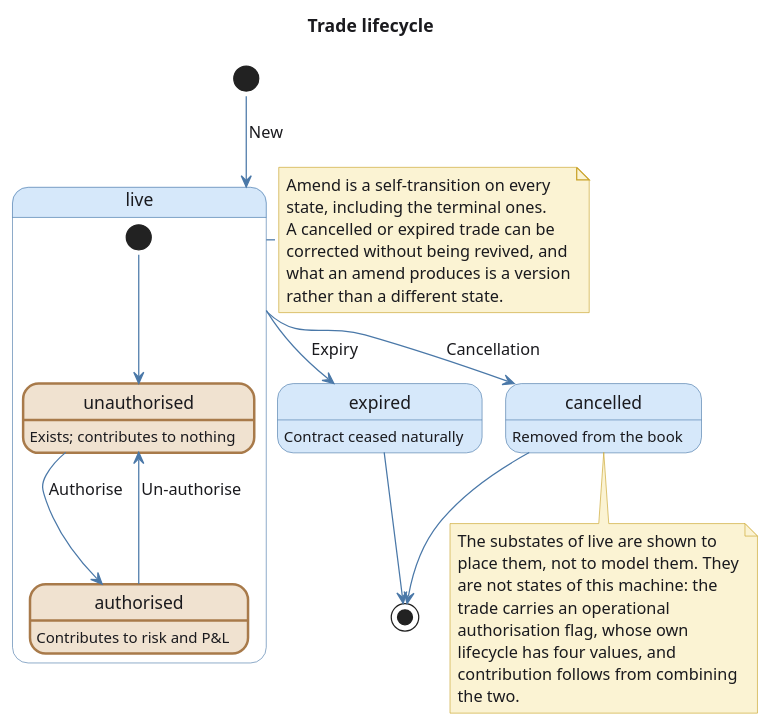
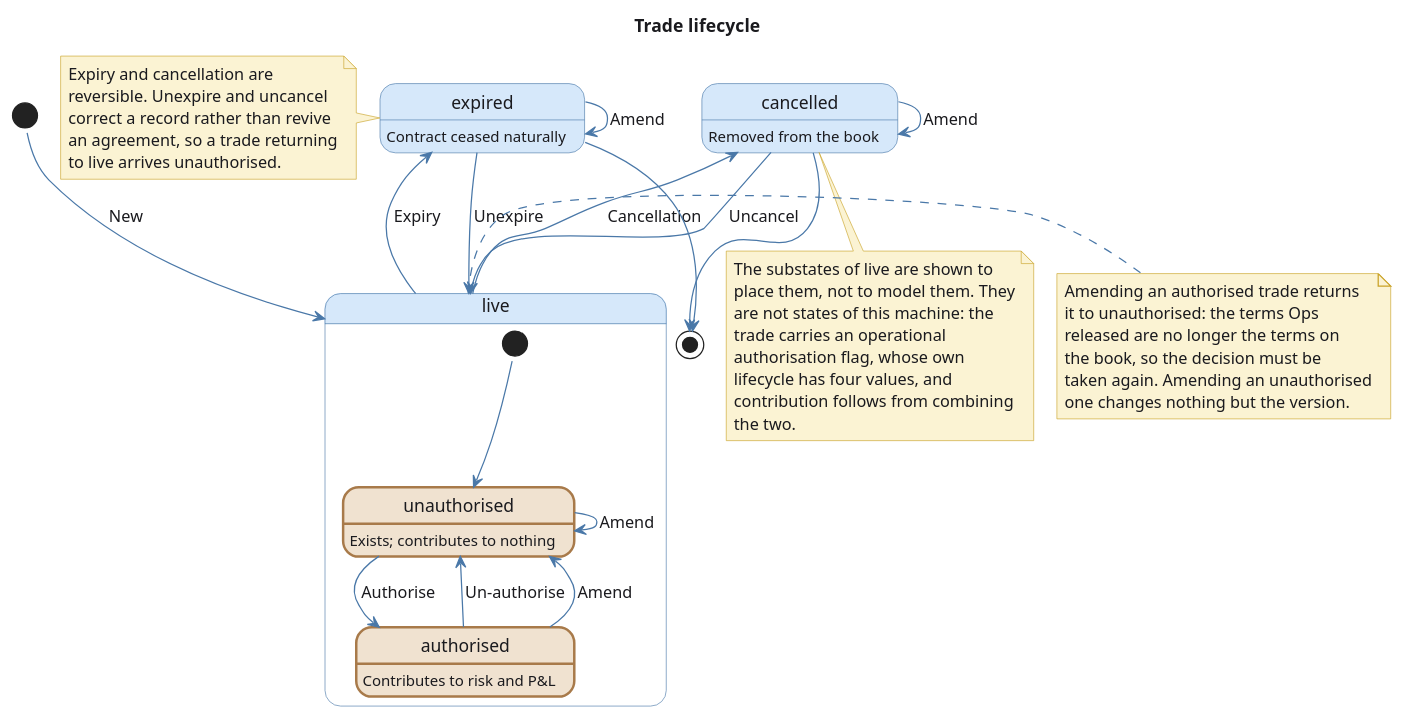
The diagram in doc/knowledge/domain/trade_status_lifecycle.puml (OreStudio/OreStudio), drawn with PlantUML before and after one commit. The commit also changed 2 other files, not shown here.

Commit message:
[doc] Add unexpire and uncancel, and make amend withdraw authorisation
Four transitions.

Amending an authorised trade returns it to unauthorised. The terms
Operations released are no longer the terms on the book, so the
decision has to be taken again. Amending an unauthorised trade self
loops: there is no release to withdraw, and only the version moves.

That mirrors the confirmation lifecycle, where a confirmable amendment
returns a confirmed trade to unconfirmed, and for the same reason.
Both are agreements about terms that an amendment invalidates.

Unexpire and uncancel return a trade to live. Neither expiry nor
cancellation is terminal, because either may have been recorded in
error: a cancellation booked against the wrong trade, an expiry driven
by a fixing later corrected. The state table loses its terminal column
accordingly.

A trade returning to live arrives unauthorised. The release it
previously carried was a decision about a trade that was then taken
off the book, so it does not survive the return.

```diff
--- a/doc/knowledge/domain/trade_status_lifecycle.puml
+++ b/doc/knowledge/domain/trade_status_lifecycle.puml
@@ -18,68 +18,82 @@
 @startuml
 !pragma layout smetana
 
 title Trade lifecycle
 
 skinparam state {
     BackgroundColor #D6E8FA
     BorderColor #4A78A8
     FontColor #1A1A1E
     AttributeFontColor #3A3A3E
     ArrowColor #4A78A8
     ArrowFontColor #1A1A1E
     StartColor #4A78A8
     EndColor #4A78A8
 }
 skinparam note {
     BackgroundColor #FBF3D3
     BorderColor #C9A227
     FontColor #1A1A1E
 }
 skinparam BackgroundColor white
 skinparam DefaultFontColor #1A1A1E
 
 state "live" as Live {
   state "unauthorised" as Unauthorised #F0E2D0 ##[bold]A87A4A
   state "authorised" as Authorised #F0E2D0 ##[bold]A87A4A
 
   Unauthorised : Exists; contributes to nothing
   Authorised : Contributes to risk and P&L
 
   [*] --> Unauthorised
   Unauthorised --> Authorised : Authorise
   Authorised --> Unauthorised : Un-authorise
+  Authorised --> Unauthorised : Amend
+  Unauthorised --> Unauthorised : Amend
 }
 
 state "expired" as Expired
 state "cancelled" as Cancelled
 
 Expired : Contract ceased naturally
 Cancelled : Removed from the book
 
 [*] --> Live : New
 Live --> Expired : Expiry
 Live --> Cancelled : Cancellation
+Expired --> Live : Unexpire
+Cancelled --> Live : Uncancel
+Expired --> Expired : Amend
+Cancelled --> Cancelled : Amend
 Expired --> [*]
 Cancelled --> [*]
 
 note right of Live
-  Amend is a self-transition on every
-  state, including the terminal ones.
-  A cancelled or expired trade can be
-  corrected without being revived, and
-  what an amend produces is a version
-  rather than a different state.
+  Amending an authorised trade returns
+  it to unauthorised: the terms Ops
+  released are no longer the terms on
+  the book, so the decision must be
+  taken again. Amending an unauthorised
+  one changes nothing but the version.
 end note
 
 note bottom of Cancelled
   The substates of live are shown to
   place them, not to model them. They
   are not states of this machine: the
   trade carries an operational
   authorisation flag, whose own
   lifecycle has four values, and
   contribution follows from combining
   the two.
 end note
 
+note left of Expired
+  Expiry and cancellation are
+  reversible. Unexpire and uncancel
+  correct a record rather than revive
+  an agreement, so a trade returning
+  to live arrives unauthorised.
+end note
+
 @enduml
```
